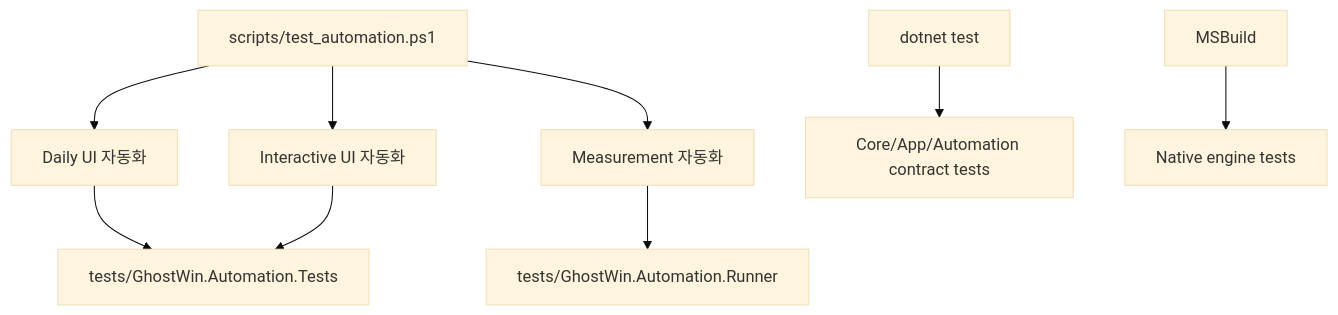
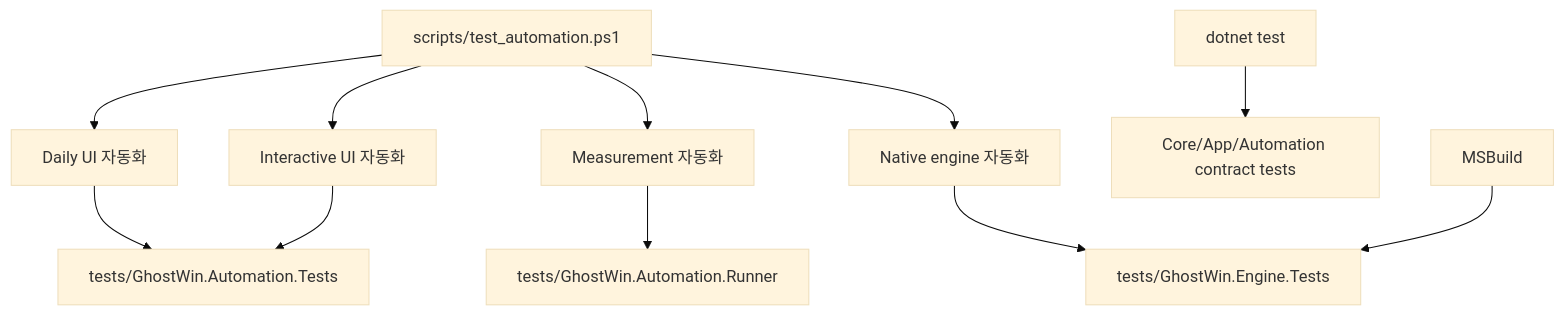
Before and after one commit to solitasroh/ghostwin: the diagram in tests/README.md, drawn with Mermaid (base theme). The commit also changed other lines of this file and 7 other files, not shown here.

Commit message:
test: integrate native engine suite

````diff
--- a/tests/README.md
+++ b/tests/README.md
@@ -11,11 +11,13 @@
 ```mermaid
 flowchart TD
     A["scripts/test_automation.ps1"] --> B["Daily UI 자동화"]
     A --> C["Interactive UI 자동화"]
     A --> D["Measurement 자동화"]
+    A --> K["Native engine 자동화"]
     B --> E["tests/GhostWin.Automation.Tests"]
     C --> E
     D --> F["tests/GhostWin.Automation.Runner"]
+    K --> J["tests/GhostWin.Engine.Tests"]
     G["dotnet test"] --> H["Core/App/Automation contract tests"]
-    I["MSBuild"] --> J["Native engine tests"]
+    I["MSBuild"] --> J
 ```
````
